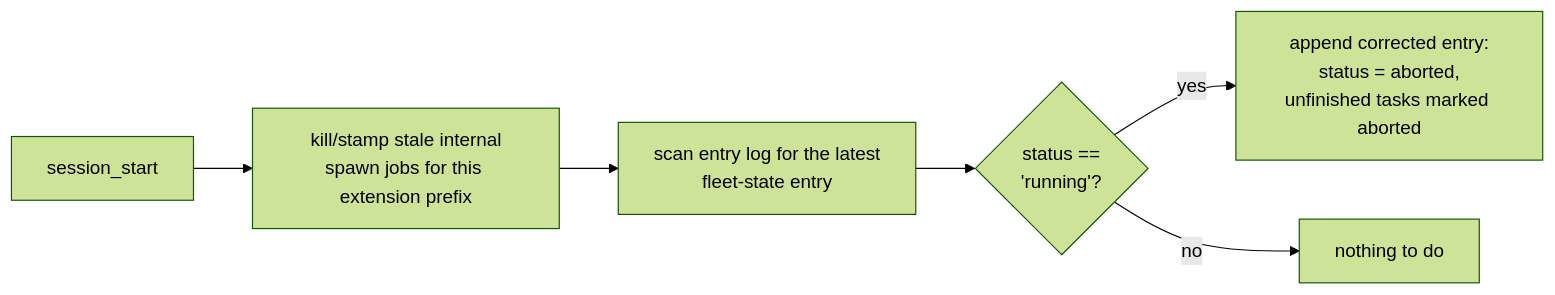
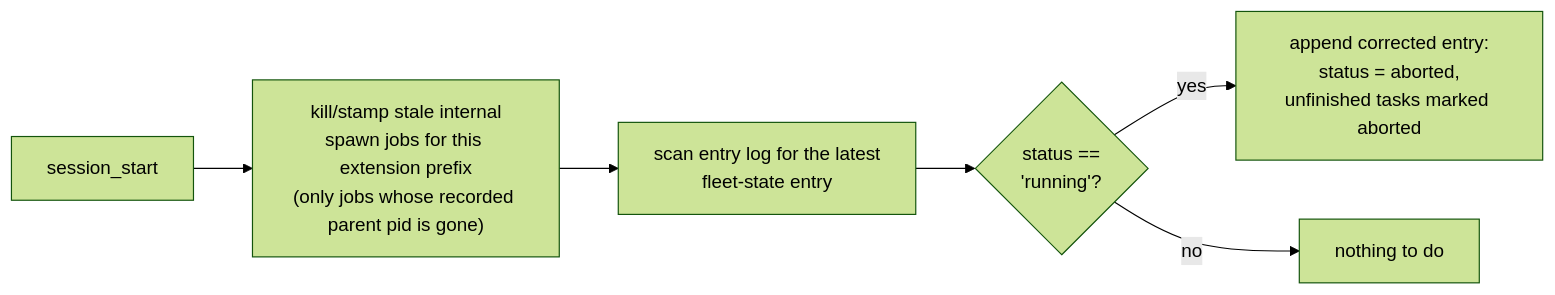
Before and after one commit to ulvestuen/pi-kit: the ninth of 10 diagrams in docs/fleet-architecture.md, drawn with Mermaid (forest theme). The commit also changed 8 other files, not shown here.

````diff
--- a/docs/fleet-architecture.md
+++ b/docs/fleet-architecture.md
@@ -356,8 +356,8 @@
 ```mermaid
 flowchart LR
-    A["session_start"] --> K["kill/stamp stale internal<br/>spawn jobs for this extension prefix"]
+    A["session_start"] --> K["kill/stamp stale internal<br/>spawn jobs for this extension prefix<br/>(only jobs whose recorded parent pid is gone)"]
     K --> B["scan entry log for the latest<br/>fleet-state entry"]
     B --> C{"status ==<br/>'running'?"}
     C -- yes --> D["append corrected entry:<br/>status = aborted,<br/>unfinished tasks marked aborted"]
     C -- no --> E["nothing to do"]
 ```
````
